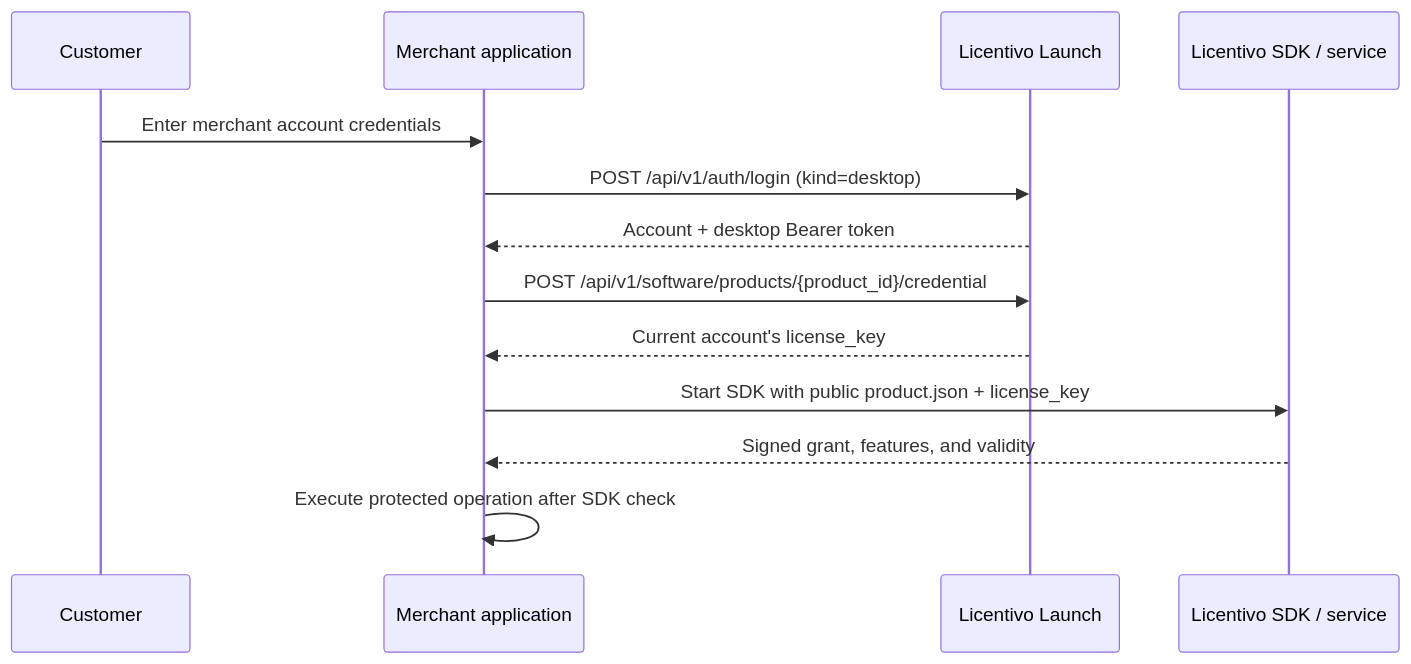
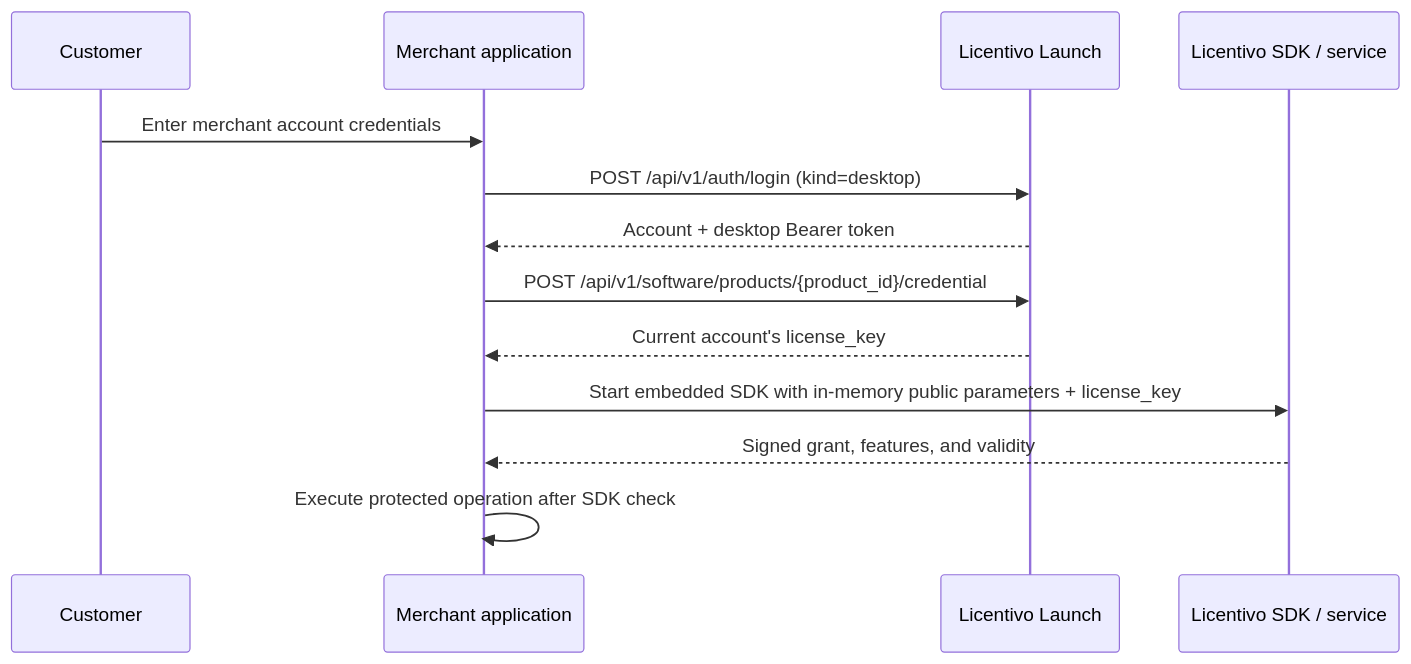
Before and after one commit to spf86/licentivo-launch: the diagram in docs/software-sdk-integration.md, drawn with Mermaid. The commit also changed other lines of this file and 358 other files, not shown here.

````diff
--- a/docs/software-sdk-integration.md
+++ b/docs/software-sdk-integration.md
@@ -12,15 +16,15 @@
 ```mermaid
 sequenceDiagram
     participant U as Customer
     participant A as Merchant application
     participant L as Licentivo Launch
     participant S as Licentivo SDK / service
     U->>A: Enter merchant account credentials
     A->>L: POST /api/v1/auth/login (kind=desktop)
     L-->>A: Account + desktop Bearer token
     A->>L: POST /api/v1/software/products/{product_id}/credential
     L-->>A: Current account's license_key
-    A->>S: Start SDK with public product.json + license_key
+    A->>S: Start embedded SDK with in-memory public parameters + license_key
     S-->>A: Signed grant, features, and validity
     A->>A: Execute protected operation after SDK check
 ```
````
